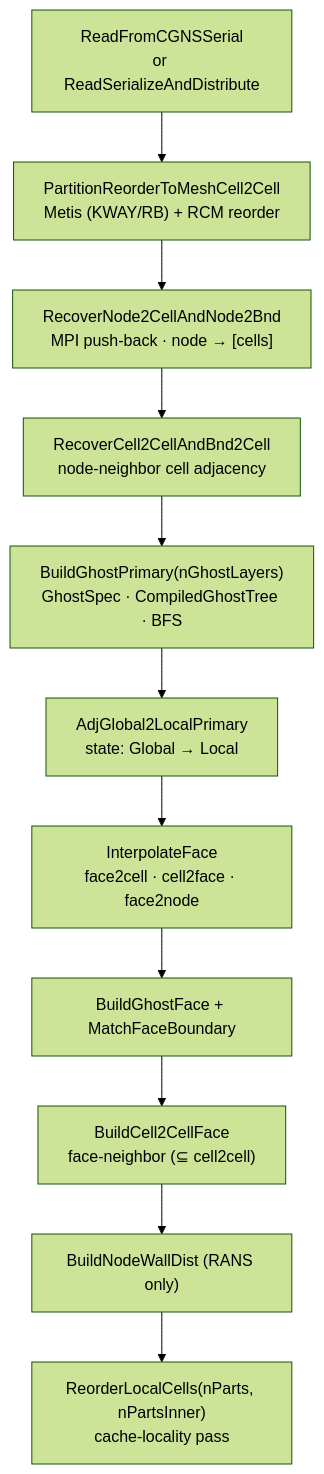
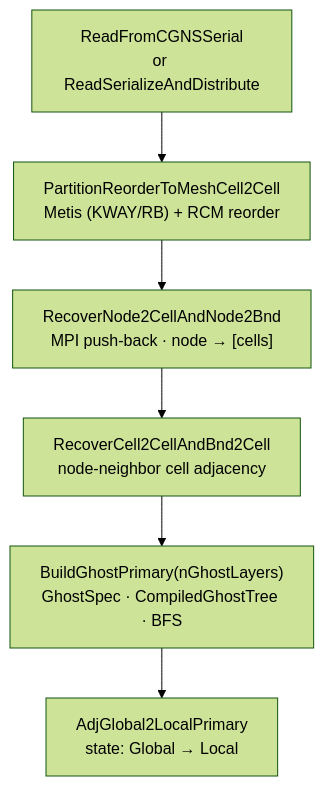
One commit to CFDLAB-THU/DNDSR changed the first of 2 diagrams in docs/presentations/DNDSR_overview/parts/03_chapter_3.md. Above: the diagram before and after it, drawn with Mermaid (forest theme). The commit also changed other lines of this file and 13 other files, not shown here.

````diff
--- a/docs/presentations/DNDSR_overview/parts/03_chapter_3.md
+++ b/docs/presentations/DNDSR_overview/parts/03_chapter_3.md
@@ -97,13 +99,8 @@
 ```mermaid
-flowchart TD
+flowchart TB
     A["ReadFromCGNSSerial<br/>or ReadSerializeAndDistribute"] --> B["PartitionReorderToMeshCell2Cell<br/>Metis (KWAY/RB) + RCM reorder"]
     B --> C["RecoverNode2CellAndNode2Bnd<br/>MPI push-back · node → [cells]"]
     C --> D["RecoverCell2CellAndBnd2Cell<br/>node-neighbor cell adjacency"]
     D --> E["BuildGhostPrimary(nGhostLayers)<br/>GhostSpec · CompiledGhostTree · BFS"]
     E --> F["AdjGlobal2LocalPrimary<br/>state: Global → Local"]
-    F --> G["InterpolateFace<br/>face2cell · cell2face · face2node"]
-    G --> H["BuildGhostFace + MatchFaceBoundary"]
-    H --> I["BuildCell2CellFace<br/>face-neighbor (⊆ cell2cell)"]
-    I --> J["BuildNodeWallDist (RANS only)"]
-    J --> K["ReorderLocalCells(nParts, nPartsInner)<br/>cache-locality pass"]
 ```
````
